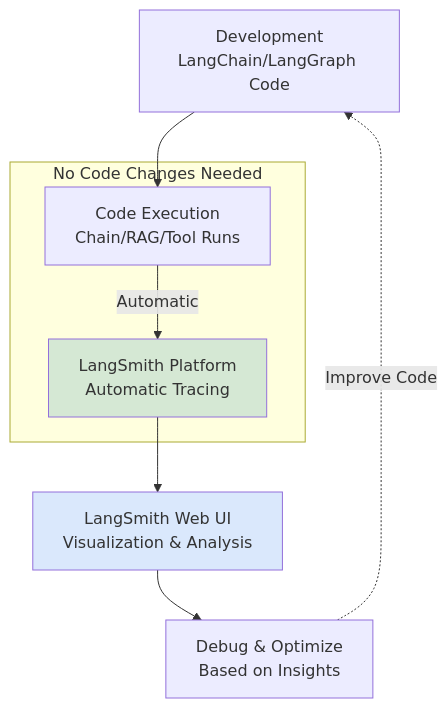
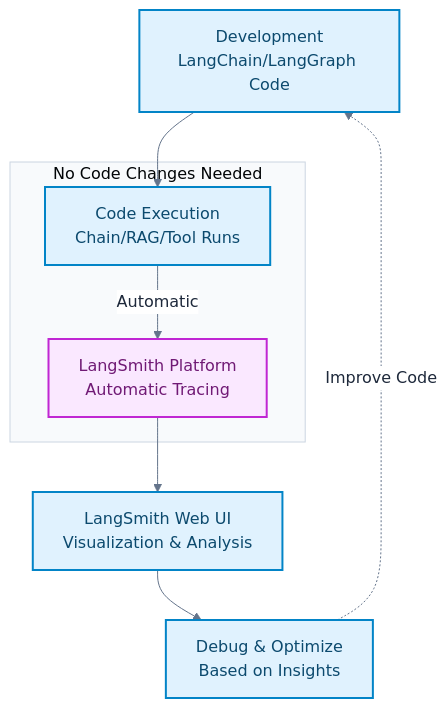
One commit to ralf-42/GenAI changed the first of 5 diagrams in docs/06-frameworks/einsteiger-langsmith.md. Above: the diagram before and after it, drawn with Mermaid. The commit also changed other lines of this file and 25 other files, not shown here.

````diff
--- a/docs/06-frameworks/einsteiger-langsmith.md
+++ b/docs/06-frameworks/einsteiger-langsmith.md
@@ -45,22 +45,41 @@
 ```mermaid
+---
+config:
+  theme: base
+  look: classic
+  themeVariables:
+    primaryColor: '#e0f2fe'
+    primaryBorderColor: '#0284c7'
+    primaryTextColor: '#1e293b'
+    lineColor: '#64748b'
+    clusterBkg: '#f8fafc'
+    clusterBorder: '#cbd5e1'
+    noteBkgColor: '#fef3c7'
+    noteBorderColor: '#d97706'
+    noteTextColor: '#78350f'
+    edgeLabelBackground: '#ffffff'
+---
+
 flowchart TB
     DEV[Development<br/>LangChain/LangGraph Code]
     RUN[Code Execution<br/>Chain/RAG/Tool Runs]
     LANGSMITH[LangSmith Platform<br/>Automatic Tracing]
     UI[LangSmith Web UI<br/>Visualization & Analysis]
     DEBUG[Debug & Optimize<br/>Based on Insights]
 
     DEV --> RUN
     RUN -->|Automatic| LANGSMITH
     LANGSMITH --> UI
     UI --> DEBUG
     DEBUG -.Improve Code.-> DEV
 
     subgraph "No Code Changes Needed"
         RUN
         LANGSMITH
     end
 
-    style LANGSMITH fill:#d5e8d4
-    style UI fill:#dae8fc
+%% Funktionsfarben nach Mermaid_Best_Practices.md
+classDef default fill:#e0f2fe,stroke:#0284c7,stroke-width:2px,color:#0c4a6e;
+classDef target fill:#fae8ff,stroke:#c026d3,stroke-width:2px,color:#701a75;
+class LANGSMITH target;
 ```
````
